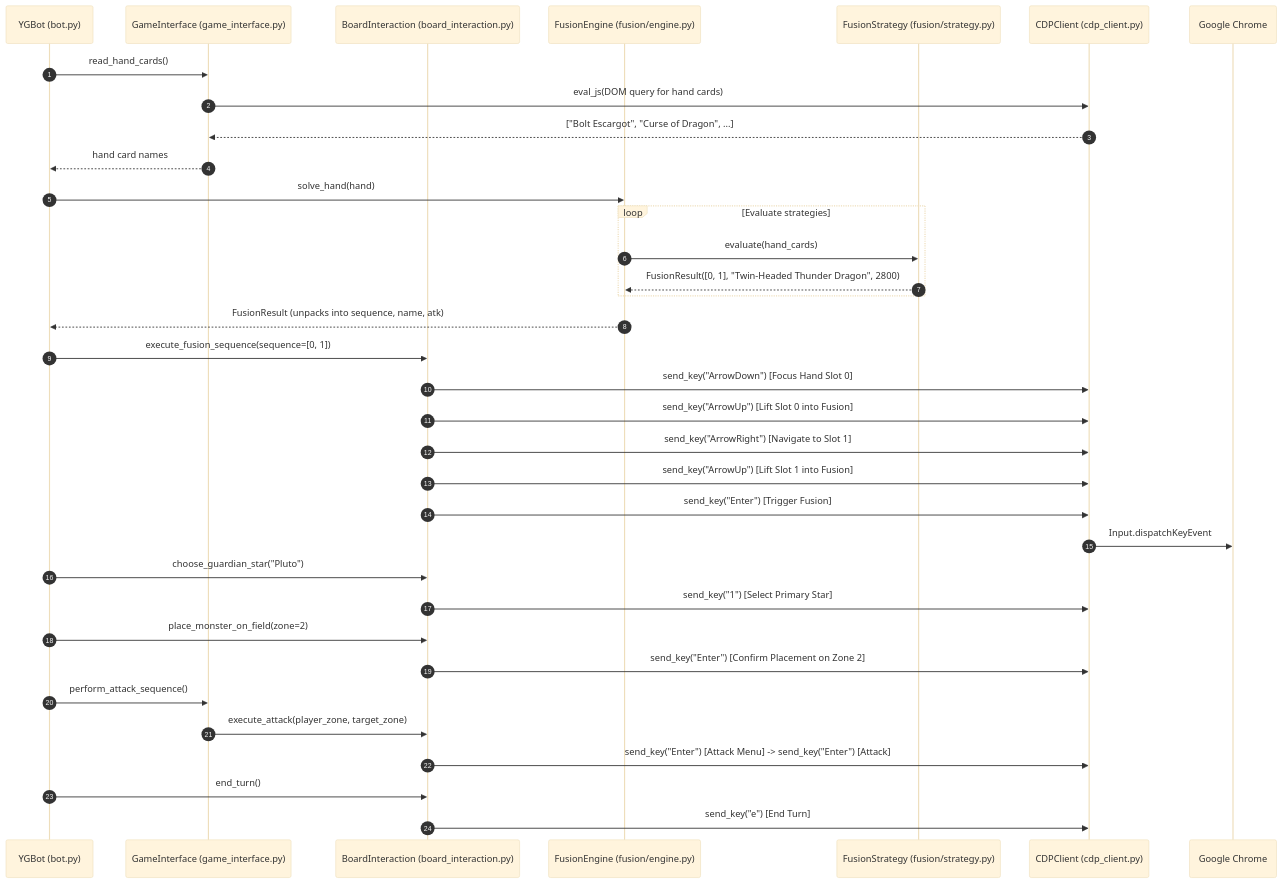
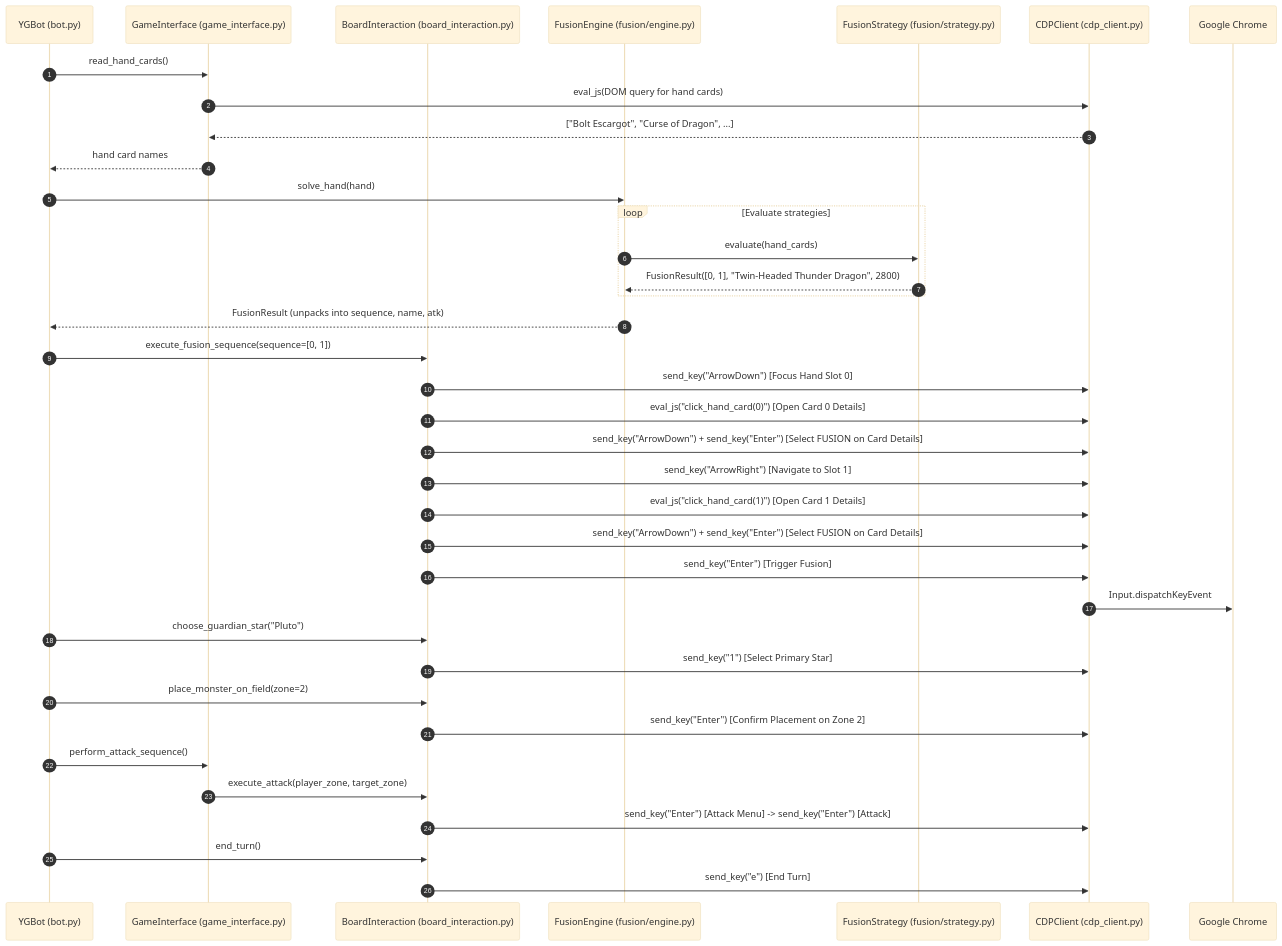
One commit to paulowinw/ygofm_bot changed the fourth of 4 diagrams in CODE_ARCHITECTURE.md. Above: the diagram before and after it, drawn with Mermaid (base theme). The commit also changed other lines of this file and 16 other files, not shown here.

````diff
--- a/CODE_ARCHITECTURE.md
+++ b/CODE_ARCHITECTURE.md
@@ -228,44 +230,46 @@
 ```mermaid
 sequenceDiagram
     autonumber
     participant Bot as YGBot (bot.py)
     participant Game as GameInterface (game_interface.py)
     participant Board as BoardInteraction (board_interaction.py)
     participant Engine as FusionEngine (fusion/engine.py)
     participant Strategy as FusionStrategy (fusion/strategy.py)
     participant CDP as CDPClient (cdp_client.py)
     participant Chrome as Google Chrome
 
     Bot->>Game: read_hand_cards()
     Game->>CDP: eval_js(DOM query for hand cards)
     CDP-->>Game: ["Bolt Escargot", "Curse of Dragon", ...]
     Game-->>Bot: hand card names
 
     Bot->>Engine: solve_hand(hand)
     loop Evaluate strategies
         Engine->>Strategy: evaluate(hand_cards)
         Strategy-->>Engine: FusionResult([0, 1], "Twin-Headed Thunder Dragon", 2800)
     end
     Engine-->>Bot: FusionResult (unpacks into sequence, name, atk)
 
     Bot->>Board: execute_fusion_sequence(sequence=[0, 1])
     Board->>CDP: send_key("ArrowDown") [Focus Hand Slot 0]
-    Board->>CDP: send_key("ArrowUp") [Lift Slot 0 into Fusion]
+    Board->>CDP: eval_js("click_hand_card(0)") [Open Card 0 Details]
+    Board->>CDP: send_key("ArrowDown") + send_key("Enter") [Select FUSION on Card Details]
     Board->>CDP: send_key("ArrowRight") [Navigate to Slot 1]
-    Board->>CDP: send_key("ArrowUp") [Lift Slot 1 into Fusion]
+    Board->>CDP: eval_js("click_hand_card(1)") [Open Card 1 Details]
+    Board->>CDP: send_key("ArrowDown") + send_key("Enter") [Select FUSION on Card Details]
     Board->>CDP: send_key("Enter") [Trigger Fusion]
     CDP->>Chrome: Input.dispatchKeyEvent
 
     Bot->>Board: choose_guardian_star("Pluto")
     Board->>CDP: send_key("1") [Select Primary Star]
 
     Bot->>Board: place_monster_on_field(zone=2)
     Board->>CDP: send_key("Enter") [Confirm Placement on Zone 2]
 
     Bot->>Game: perform_attack_sequence()
     Game->>Board: execute_attack(player_zone, target_zone)
     Board->>CDP: send_key("Enter") [Attack Menu] -> send_key("Enter") [Attack]
 
     Bot->>Board: end_turn()
     Board->>CDP: send_key("e") [End Turn]
 ```
````
